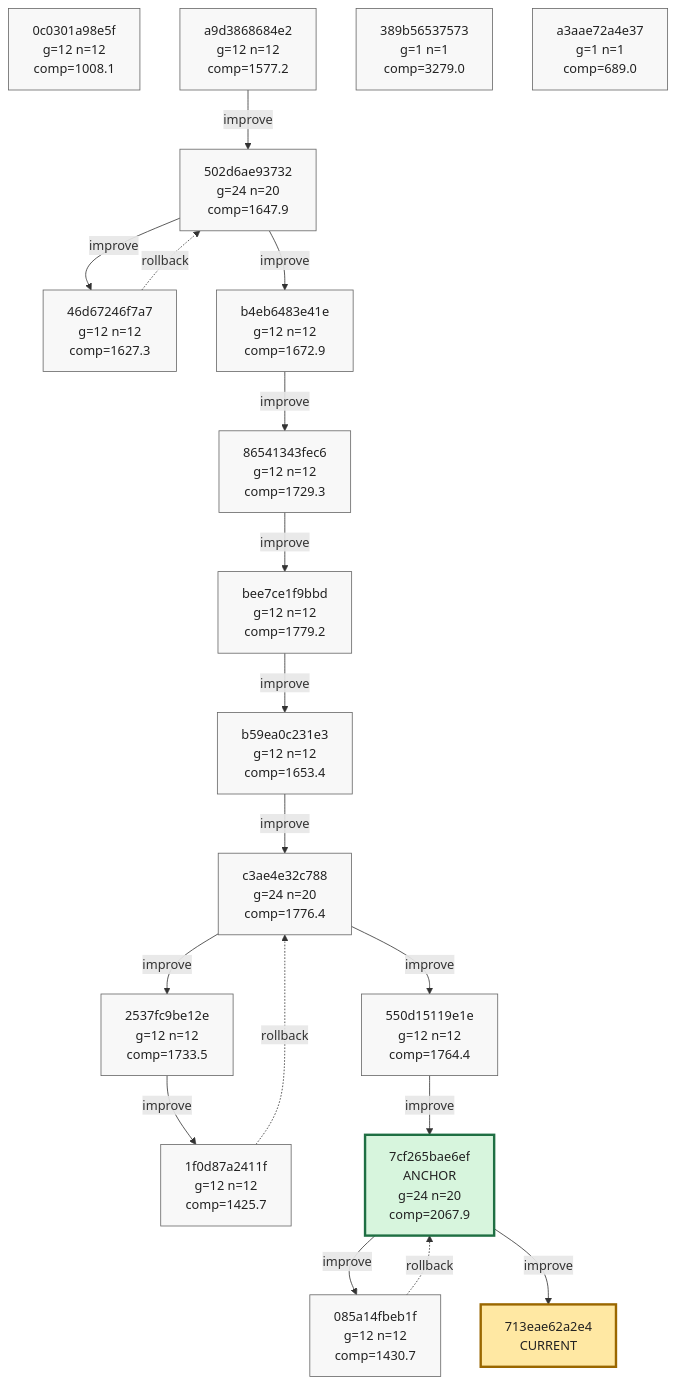
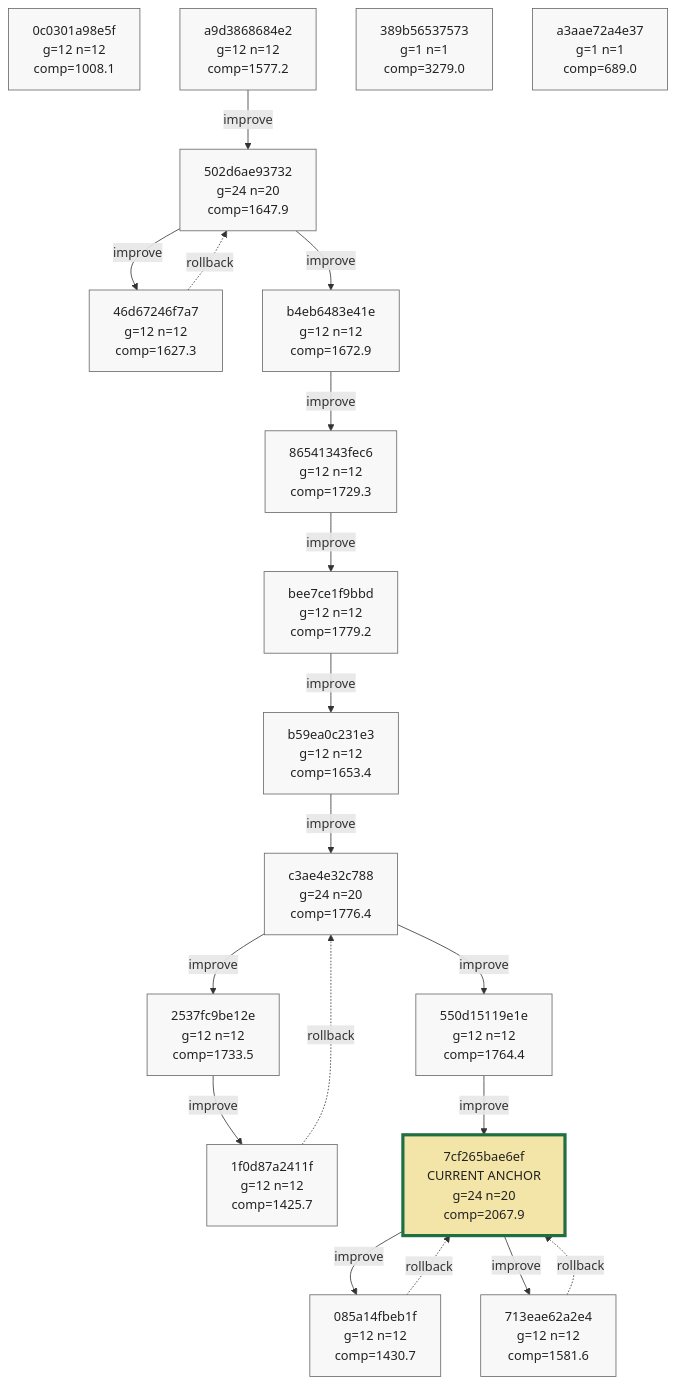
Before and after one commit to azumag/soviet_now: the tenth of 10 diagrams in phyrogenetic-tree.md, drawn with Mermaid. The commit also changed other lines of this file and 2 other files, not shown here.

````diff
--- a/phyrogenetic-tree.md
+++ b/phyrogenetic-tree.md
@@ -2543,60 +2544,61 @@
 ```mermaid
 flowchart TD
     h_0c0301a98e5f["0c0301a98e5f<br/>g=12 n=12<br/>comp=1008.1"]
     h_a9d3868684e2["a9d3868684e2<br/>g=12 n=12<br/>comp=1577.2"]
     h_502d6ae93732["502d6ae93732<br/>g=24 n=20<br/>comp=1647.9"]
     h_46d67246f7a7["46d67246f7a7<br/>g=12 n=12<br/>comp=1627.3"]
     h_b4eb6483e41e["b4eb6483e41e<br/>g=12 n=12<br/>comp=1672.9"]
     h_86541343fec6["86541343fec6<br/>g=12 n=12<br/>comp=1729.3"]
     h_bee7ce1f9bbd["bee7ce1f9bbd<br/>g=12 n=12<br/>comp=1779.2"]
     h_b59ea0c231e3["b59ea0c231e3<br/>g=12 n=12<br/>comp=1653.4"]
     h_c3ae4e32c788["c3ae4e32c788<br/>g=24 n=20<br/>comp=1776.4"]
     h_2537fc9be12e["2537fc9be12e<br/>g=12 n=12<br/>comp=1733.5"]
     h_1f0d87a2411f["1f0d87a2411f<br/>g=12 n=12<br/>comp=1425.7"]
     h_550d15119e1e["550d15119e1e<br/>g=12 n=12<br/>comp=1764.4"]
-    h_7cf265bae6ef["7cf265bae6ef<br/>ANCHOR<br/>g=24 n=20<br/>comp=2067.9"]
+    h_7cf265bae6ef["7cf265bae6ef<br/>CURRENT ANCHOR<br/>g=24 n=20<br/>comp=2067.9"]
     h_085a14fbeb1f["085a14fbeb1f<br/>g=12 n=12<br/>comp=1430.7"]
+    h_713eae62a2e4["713eae62a2e4<br/>g=12 n=12<br/>comp=1581.6"]
     h_389b56537573["389b56537573<br/>g=1 n=1<br/>comp=3279.0"]
     h_a3aae72a4e37["a3aae72a4e37<br/>g=1 n=1<br/>comp=689.0"]
-    h_713eae62a2e4["713eae62a2e4<br/>CURRENT"]
 
     h_a9d3868684e2 -->|improve| h_502d6ae93732
     h_502d6ae93732 -->|improve| h_46d67246f7a7
     h_46d67246f7a7 -. rollback .-> h_502d6ae93732
     h_502d6ae93732 -->|improve| h_b4eb6483e41e
     h_b4eb6483e41e -->|improve| h_86541343fec6
     h_86541343fec6 -->|improve| h_bee7ce1f9bbd
     h_bee7ce1f9bbd -->|improve| h_b59ea0c231e3
     h_b59ea0c231e3 -->|improve| h_c3ae4e32c788
     h_c3ae4e32c788 -->|improve| h_2537fc9be12e
     h_2537fc9be12e -->|improve| h_1f0d87a2411f
     h_1f0d87a2411f -. rollback .-> h_c3ae4e32c788
     h_c3ae4e32c788 -->|improve| h_550d15119e1e
     h_550d15119e1e -->|improve| h_7cf265bae6ef
     h_7cf265bae6ef -->|improve| h_085a14fbeb1f
     h_085a14fbeb1f -. rollback .-> h_7cf265bae6ef
     h_7cf265bae6ef -->|improve| h_713eae62a2e4
+    h_713eae62a2e4 -. rollback .-> h_7cf265bae6ef
 
     classDef plain fill:#f8f8f8,stroke:#666,stroke-width:1px,color:#222;
     classDef current fill:#ffe8a3,stroke:#9a6700,stroke-width:3px,color:#222;
     classDef anchor fill:#d7f5dd,stroke:#1f6f43,stroke-width:3px,color:#222;
     classDef current_anchor fill:#f3e4a8,stroke:#1f6f43,stroke-width:4px,color:#222;
 
     class h_0c0301a98e5f plain;
     class h_a9d3868684e2 plain;
     class h_502d6ae93732 plain;
     class h_46d67246f7a7 plain;
     class h_b4eb6483e41e plain;
     class h_86541343fec6 plain;
     class h_bee7ce1f9bbd plain;
     class h_b59ea0c231e3 plain;
     class h_c3ae4e32c788 plain;
     class h_2537fc9be12e plain;
     class h_1f0d87a2411f plain;
     class h_550d15119e1e plain;
-    class h_7cf265bae6ef anchor;
+    class h_7cf265bae6ef current_anchor;
     class h_085a14fbeb1f plain;
+    class h_713eae62a2e4 plain;
     class h_389b56537573 plain;
     class h_a3aae72a4e37 plain;
-    class h_713eae62a2e4 current;
 ```
````
